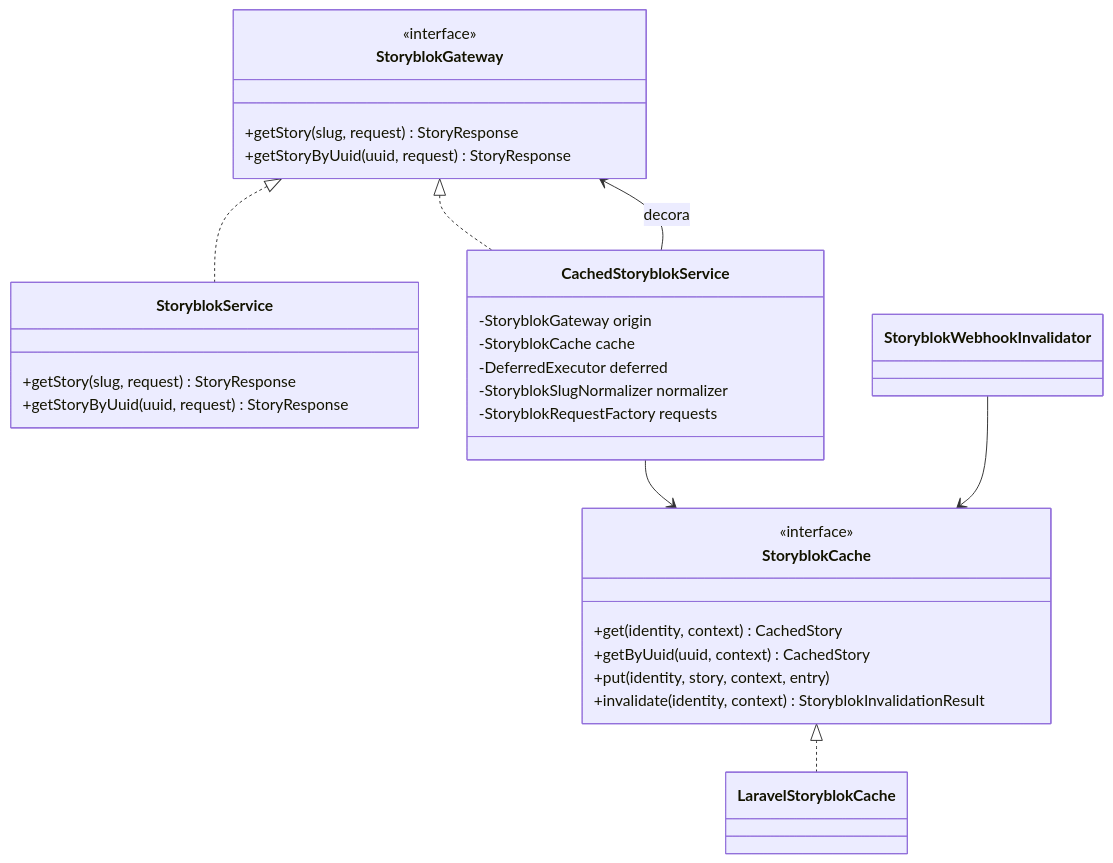
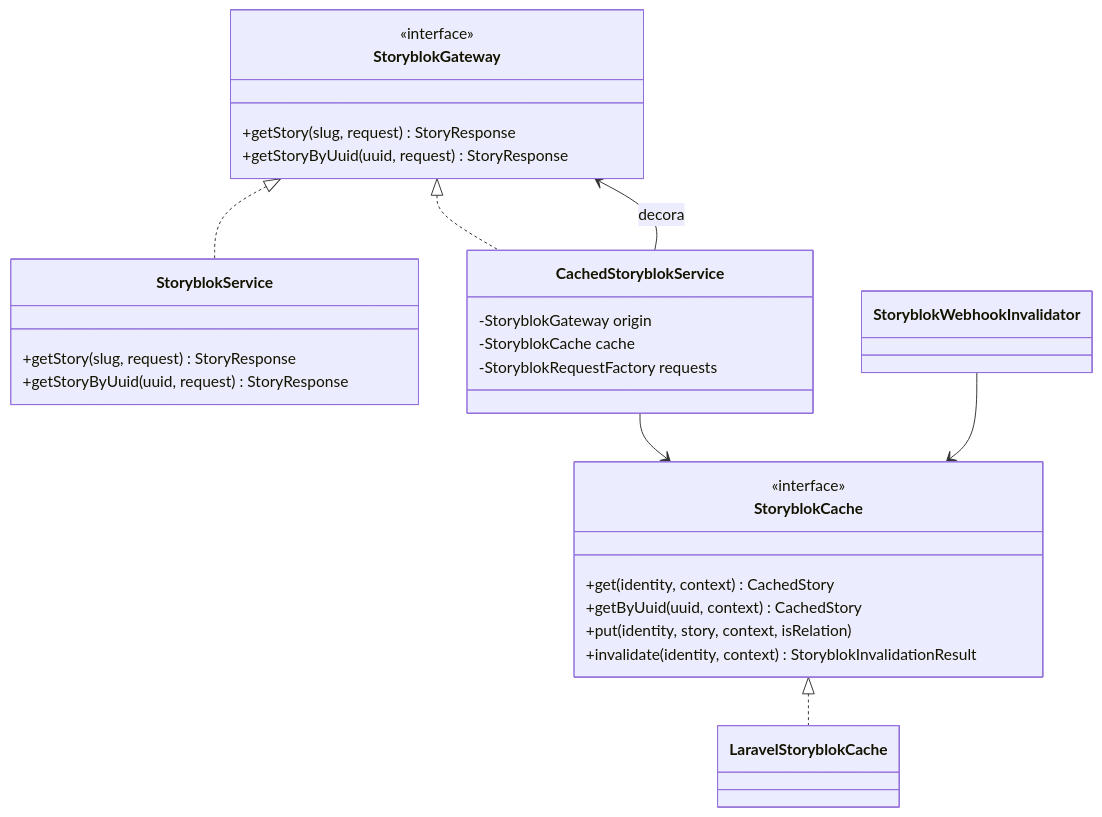
One commit to tafer-mx/laravel-platform changed the first of 5 diagrams in docs/storyblok-cache.md. Above: the diagram before and after it, drawn with Mermaid. The commit also changed other lines of this file and 13 other files, not shown here.

````diff
--- a/docs/storyblok-cache.md
+++ b/docs/storyblok-cache.md
@@ -18,39 +18,37 @@
 ```mermaid
 classDiagram
     class StoryblokGateway {
         <<interface>>
         +getStory(slug, request) StoryResponse
         +getStoryByUuid(uuid, request) StoryResponse
     }
 
     class StoryblokService {
         +getStory(slug, request) StoryResponse
         +getStoryByUuid(uuid, request) StoryResponse
     }
 
     class CachedStoryblokService {
         -StoryblokGateway origin
         -StoryblokCache cache
-        -DeferredExecutor deferred
-        -StoryblokSlugNormalizer normalizer
         -StoryblokRequestFactory requests
     }
 
     class StoryblokCache {
         <<interface>>
         +get(identity, context) CachedStory
         +getByUuid(uuid, context) CachedStory
-        +put(identity, story, context, entry)
+        +put(identity, story, context, isRelation)
         +invalidate(identity, context) StoryblokInvalidationResult
     }
 
     class LaravelStoryblokCache
     class StoryblokWebhookInvalidator
 
     StoryblokGateway <|.. StoryblokService
     StoryblokGateway <|.. CachedStoryblokService
     CachedStoryblokService --> StoryblokGateway : decora
     CachedStoryblokService --> StoryblokCache
     StoryblokCache <|.. LaravelStoryblokCache
     StoryblokWebhookInvalidator --> StoryblokCache
 ```
````
